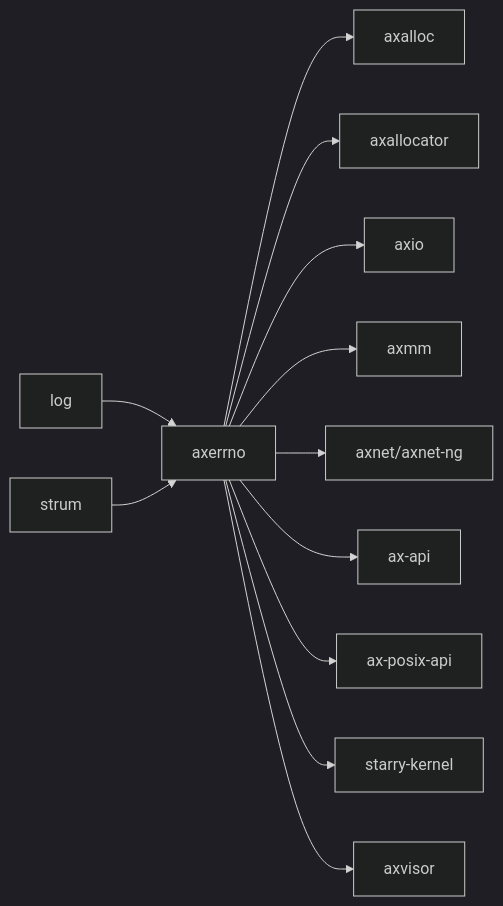
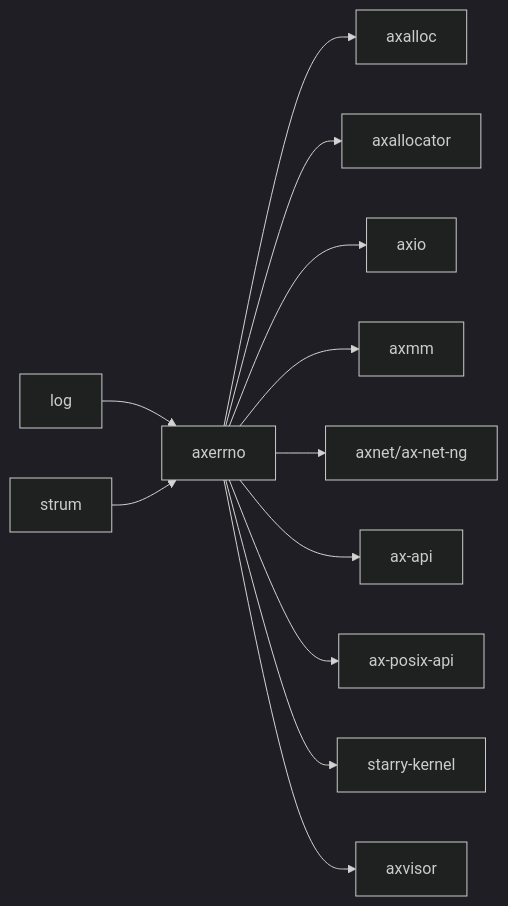
Before and after one commit to zKurisu/tgoskits: the second of 2 diagrams in docs/crates/axerrno.md, drawn with Mermaid (dark theme). The commit also changed other lines of this file and 32 other files, not shown here.

Commit message:
rename axnet-ng to ax-net-ng

````diff
--- a/docs/crates/axerrno.md
+++ b/docs/crates/axerrno.md
@@ -80,15 +80,15 @@
 ```mermaid
 graph LR
     log["log"] --> axerrno["axerrno"]
     strum["strum"] --> axerrno
 
     axerrno --> axalloc["axalloc"]
     axerrno --> axallocator["axallocator"]
     axerrno --> axio["axio"]
     axerrno --> axmm["axmm"]
-    axerrno --> axnet["axnet/axnet-ng"]
+    axerrno --> axnet["axnet/ax-net-ng"]
     axerrno --> ax-api["ax-api"]
     axerrno --> arceos_posix["ax-posix-api"]
     axerrno --> starry_kernel["starry-kernel"]
     axerrno --> axvisor["axvisor"]
 ```
````
